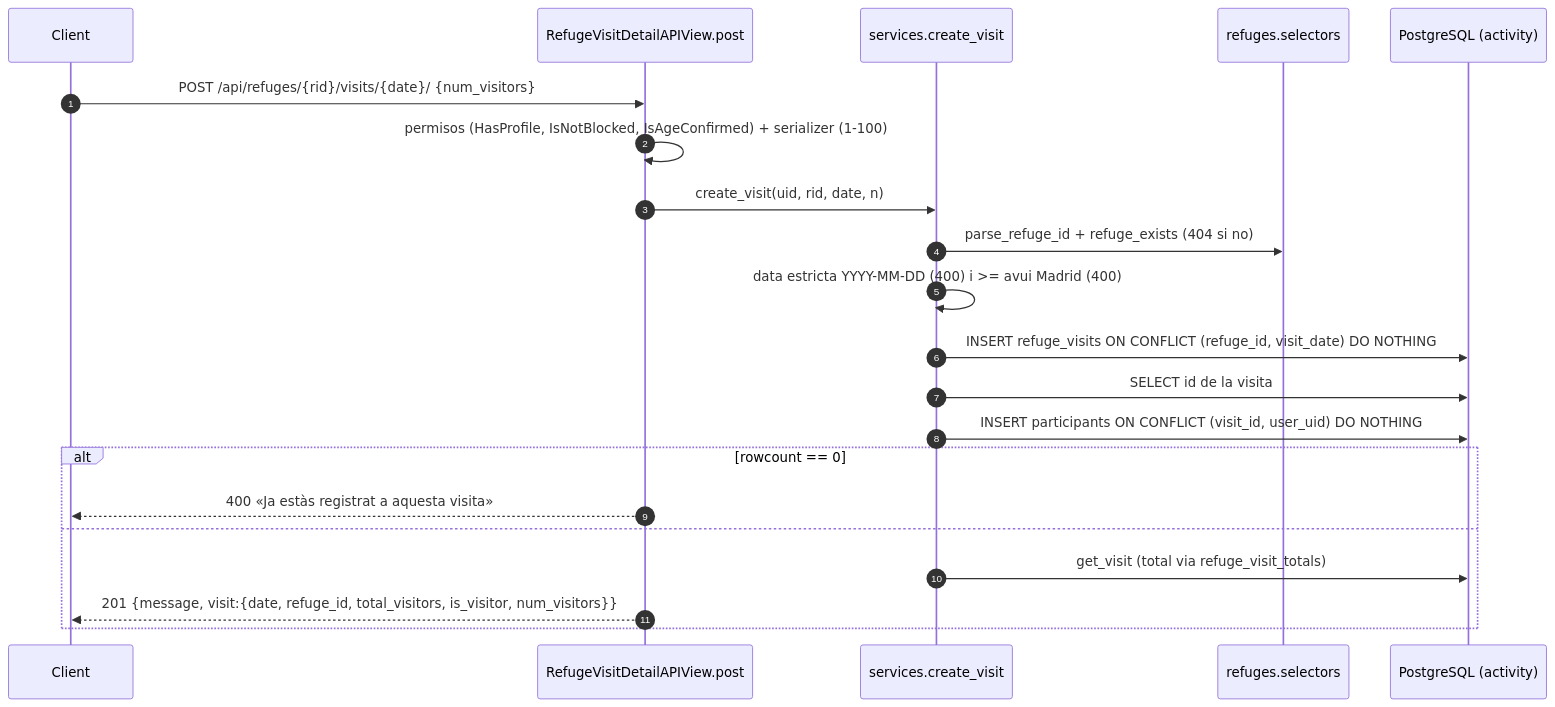
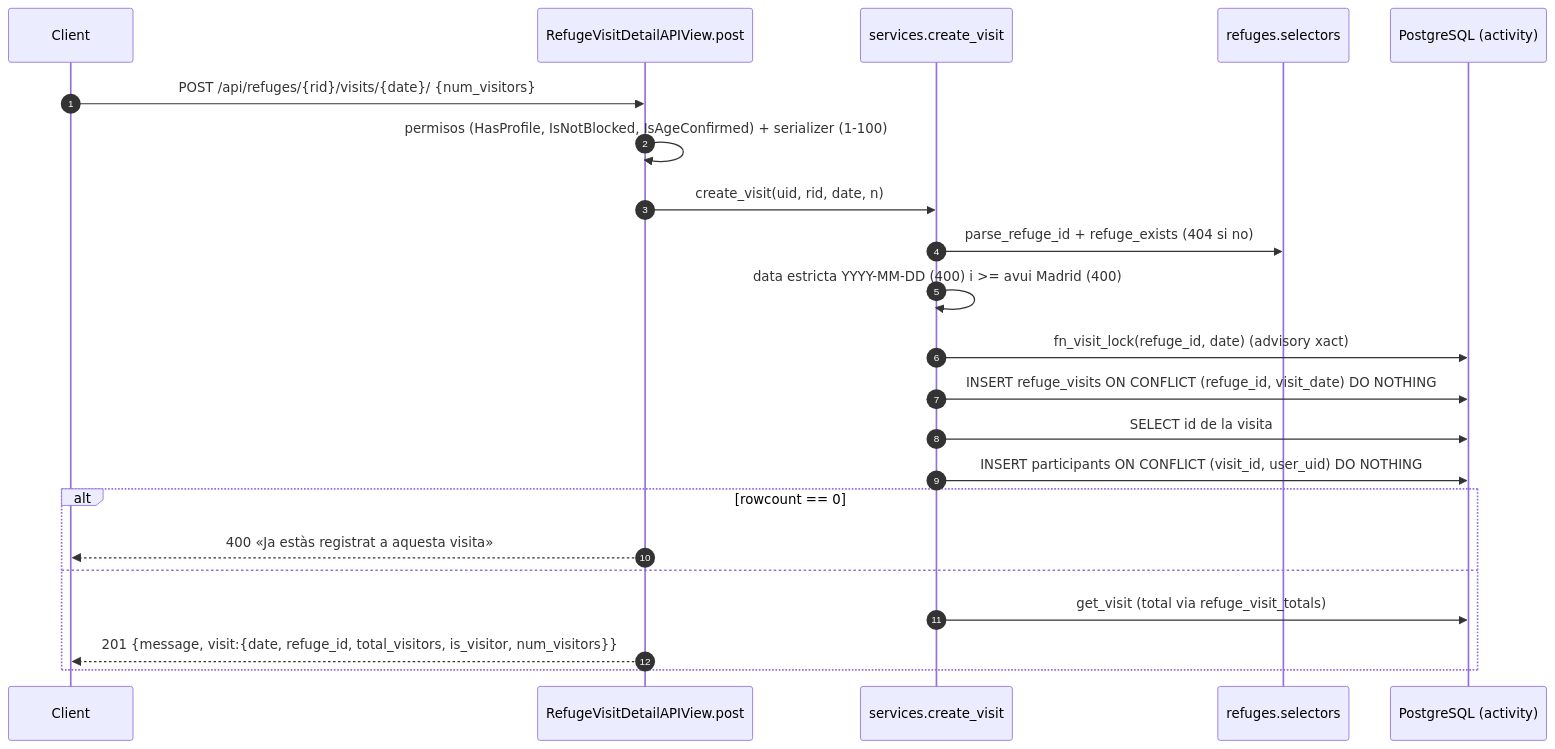
One commit to jordirev/RefugisLliures_Backend changed the first of 2 diagrams in docs/flows/06-refuge-visits.md. Above: the diagram before and after it, drawn with Mermaid. The commit also changed other lines of this file and 18 other files, not shown here.

````diff
--- a/docs/flows/06-refuge-visits.md
+++ b/docs/flows/06-refuge-visits.md
@@ -45,24 +46,25 @@
 ```mermaid
 sequenceDiagram
     autonumber
     participant C as Client
     participant V as RefugeVisitDetailAPIView.post
     participant S as services.create_visit
     participant R as refuges.selectors
     participant DB as PostgreSQL (activity)
 
     C->>V: POST /api/refuges/{rid}/visits/{date}/ {num_visitors}
     V->>V: permisos (HasProfile, IsNotBlocked, IsAgeConfirmed) + serializer (1-100)
     V->>S: create_visit(uid, rid, date, n)
     S->>R: parse_refuge_id + refuge_exists (404 si no)
     S->>S: data estricta YYYY-MM-DD (400) i >= avui Madrid (400)
+    S->>DB: fn_visit_lock(refuge_id, date) (advisory xact)
     S->>DB: INSERT refuge_visits ON CONFLICT (refuge_id, visit_date) DO NOTHING
     S->>DB: SELECT id de la visita
     S->>DB: INSERT participants ON CONFLICT (visit_id, user_uid) DO NOTHING
     alt rowcount == 0
         V-->>C: 400 «Ja estàs registrat a aquesta visita»
     else
         S->>DB: get_visit (total via refuge_visit_totals)
         V-->>C: 201 {message, visit:{date, refuge_id, total_visitors, is_visitor, num_visitors}}
     end
 ```
````
